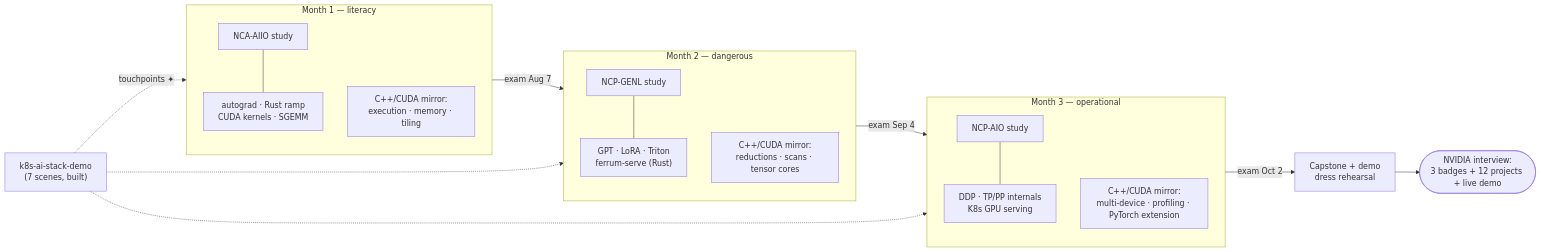
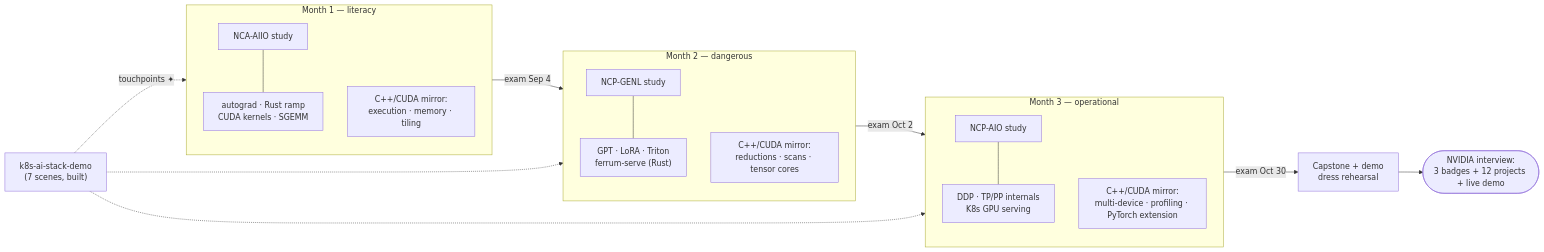
Before and after one commit to trocca/ai-infra-gpu-engineering-ramp: the diagram in MASTER-PLAN.md, drawn with Mermaid. The commit also changed other lines of this file and 6 other files, not shown here.

````diff
--- a/MASTER-PLAN.md
+++ b/MASTER-PLAN.md
@@ -17,22 +17,22 @@
 ```mermaid
 flowchart LR
     subgraph M1["Month 1 — literacy"]
         A1["NCA-AIIO study"] --- B1["autograd · Rust ramp<br/>CUDA kernels · SGEMM"]
         C1["C++/CUDA mirror:<br/>execution · memory · tiling"]
     end
     subgraph M2["Month 2 — dangerous"]
         A2["NCP-GENL study"] --- B2["GPT · LoRA · Triton<br/>ferrum-serve (Rust)"]
         C2["C++/CUDA mirror:<br/>reductions · scans · tensor cores"]
     end
     subgraph M3["Month 3 — operational"]
         A3["NCP-AIO study"] --- B3["DDP · TP/PP internals<br/>K8s GPU serving"]
         C3["C++/CUDA mirror:<br/>multi-device · profiling · PyTorch extension"]
     end
-    M1 -->|"exam Aug 7"| M2
-    M2 -->|"exam Sep 4"| M3
-    M3 -->|"exam Oct 2"| CAP["Capstone + demo<br/>dress rehearsal"]
+    M1 -->|"exam Sep 4"| M2
+    M2 -->|"exam Oct 2"| M3
+    M3 -->|"exam Oct 30"| CAP["Capstone + demo<br/>dress rehearsal"]
     DEMO["k8s-ai-stack-demo<br/>(7 scenes, built)"] -.->|"touchpoints ✦"| M1
     DEMO -.-> M2
     DEMO -.-> M3
     CAP --> GOAL(["NVIDIA interview:<br/>3 badges + 12 projects + live demo"])
 ```
````
